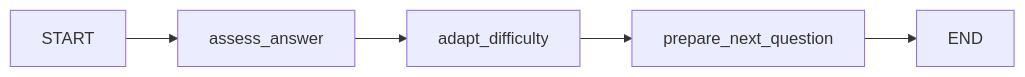
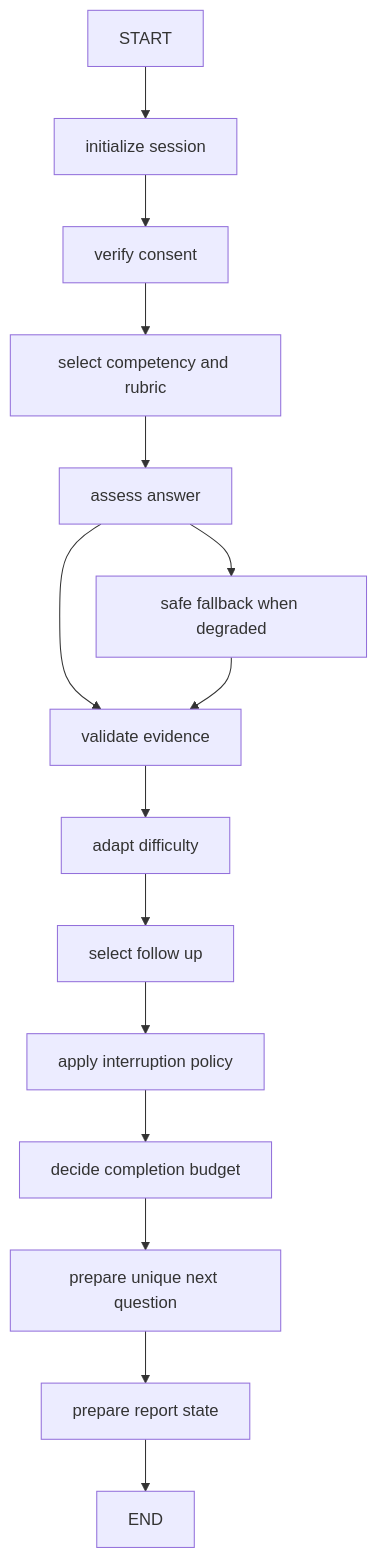
One commit to vins13pattar/ai-interview-coach changed the second of 3 diagrams in docs/ARCHITECTURE.md. Above: the diagram before and after it, drawn with Mermaid. The commit also changed other lines of this file and 33 other files, not shown here.

````diff
--- a/docs/ARCHITECTURE.md
+++ b/docs/ARCHITECTURE.md
@@ -36,7 +40,17 @@
 ```mermaid
-flowchart LR
-    S["START"] --> A["assess_answer"]
-    A --> D["adapt_difficulty"]
-    D --> Q["prepare_next_question"]
-    Q --> E["END"]
+flowchart TD
+    S["START"] --> I["initialize session"]
+    I --> C["verify consent"]
+    C --> K["select competency and rubric"]
+    K --> A["assess answer"]
+    A --> F["safe fallback when degraded"]
+    A --> V["validate evidence"]
+    F --> V
+    V --> D["adapt difficulty"]
+    D --> Q["select follow up"]
+    Q --> P["apply interruption policy"]
+    P --> B["decide completion budget"]
+    B --> N["prepare unique next question"]
+    N --> R["prepare report state"]
+    R --> E["END"]
 ```
````
